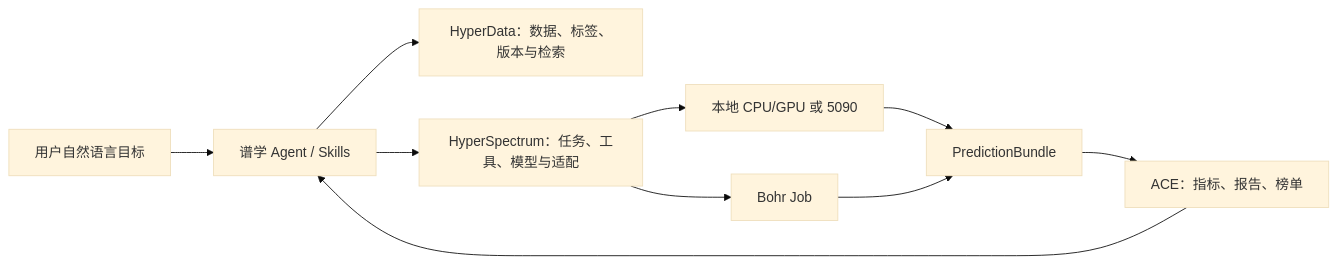
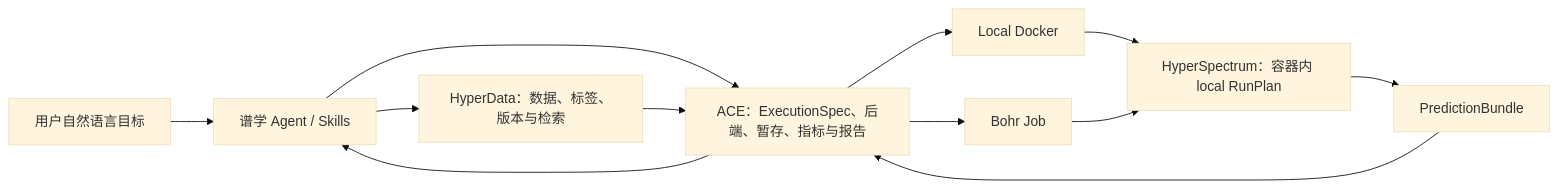
The diagram in docs/superpowers/specs/2026-08-08-hyper-spectrum-xas-agent-runtime-design.md (hyper-instrument/hyper-spectrum), drawn with Mermaid (base theme) before and after one commit. The commit also changed other lines of this file and 1 other file, not shown here.

Commit message:
docs: align ACE XAS M1 with research contract

````diff
--- a/docs/superpowers/specs/2026-08-08-hyper-spectrum-xas-agent-runtime-design.md
+++ b/docs/superpowers/specs/2026-08-08-hyper-spectrum-xas-agent-runtime-design.md
@@ -97,12 +99,14 @@
 ```mermaid
 flowchart LR
     U["用户自然语言目标"] --> A["谱学 Agent / Skills"]
     A --> H["HyperData：数据、标签、版本与检索"]
-    A --> S["HyperSpectrum：任务、工具、模型与适配"]
-    S --> L["本地 CPU/GPU 或 5090"]
-    S --> B["Bohr Job"]
-    L --> P["PredictionBundle"]
-    B --> P
-    P --> E["ACE：指标、报告、榜单"]
+    A --> E["ACE：ExecutionSpec、后端、暂存、指标与报告"]
+    H --> E
+    E --> L["Local Docker"]
+    E --> B["Bohr Job"]
+    L --> S["HyperSpectrum：容器内 local RunPlan"]
+    B --> S
+    S --> P["PredictionBundle"]
+    P --> E
     E --> A
 ```
````
